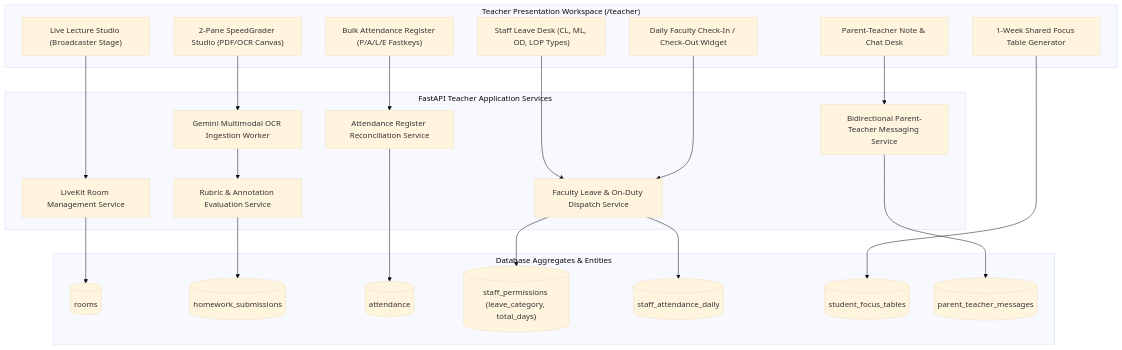
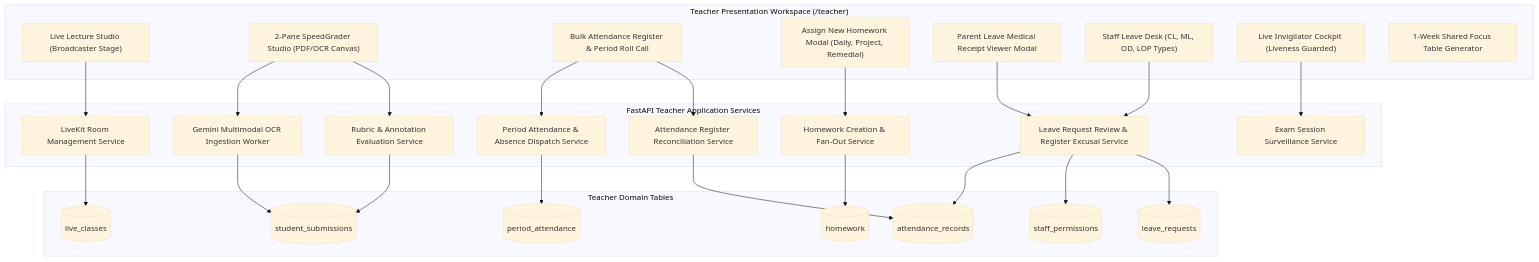
The third of 20 diagrams in docs/architecture/ROLE_WISE_ARCHITECTURE_AND_WORKFLOWS.md (DiradzProducts/EDU360), drawn with Mermaid (base theme) before and after one commit. The commit also changed other lines of this file and 54 other files, not shown here.

Commit message:
feat(core): synchronize cross-role workflows, dynamic surveillance, and v10.0 architecture

````diff
--- a/docs/architecture/ROLE_WISE_ARCHITECTURE_AND_WORKFLOWS.md
+++ b/docs/architecture/ROLE_WISE_ARCHITECTURE_AND_WORKFLOWS.md
@@ -134,39 +155,49 @@
 ```mermaid
 graph TD
     subgraph TeacherWorkspace ["Teacher Presentation Workspace (/teacher)"]
         UI_LIVE_STUDIO["Live Lecture Studio (Broadcaster Stage)"]
         UI_SPEEDGRADER["2-Pane SpeedGrader Studio (PDF/OCR Canvas)"]
-        UI_ATT_REGISTER["Bulk Attendance Register (P/A/L/E Fastkeys)"]
+        UI_ATT_REGISTER["Bulk Attendance Register & Period Roll Call"]
+        UI_HW_MODAL["Assign New Homework Modal (Daily, Project, Remedial)"]
+        UI_LEAVE_RECEIPT["Parent Leave Medical Receipt Viewer Modal"]
         UI_LEAVE_DESK["Staff Leave Desk (CL, ML, OD, LOP Types)"]
-        UI_DAILY_CLOCK["Daily Faculty Check-In / Check-Out Widget"]
+        UI_PROCTOR_COCKPIT["Live Invigilator Cockpit (Liveness Guarded)"]
         UI_FOCUS_TABLE["1-Week Shared Focus Table Generator"]
-        UI_CHAT_NOTE["Parent-Teacher Note & Chat Desk"]
     end
 
     subgraph TeacherServices ["FastAPI Teacher Application Services"]
         ROOM_MGR["LiveKit Room Management Service"]
         GRADING_ENG["Rubric & Annotation Evaluation Service"]
         GEMINI_OCR["Gemini Multimodal OCR Ingestion Worker"]
         ATT_RECON["Attendance Register Reconciliation Service"]
-        STAFF_LEAVE_SVC["Faculty Leave & On-Duty Dispatch Service"]
-        CHAT_HUB["Bidirectional Parent-Teacher Messaging Service"]
+        PERIOD_ATT_SVC["Period Attendance & Absence Dispatch Service"]
+        HW_DISPATCH["Homework Creation & Fan-Out Service"]
+        LEAVE_REVIEW["Leave Request Review & Register Excusal Service"]
+        PROCTOR_SVC["Exam Session Surveillance Service"]
     end
 
-    subgraph TeacherEntities ["Database Aggregates & Entities"]
-        TBL_ROOMS[("rooms")]
-        TBL_HW_SUB[("homework_submissions")]
-        TBL_ATT[("attendance")]
-        TBL_STAFF_PERM[("staff_permissions (leave_category, total_days)")]
-        TBL_STAFF_ATT[("staff_attendance_daily")]
-        TBL_FOCUS[("student_focus_tables")]
-        TBL_MESSAGES[("parent_teacher_messages")]
+    subgraph TeacherPersistence ["Teacher Domain Tables"]
+        T_CLASSES[("live_classes")]
+        T_ATTENDANCE[("attendance_records")]
+        T_PERIOD_ATT[("period_attendance")]
+        T_SUBMISSIONS[("student_submissions")]
+        T_HOMEWORK[("homework")]
+        T_LEAVES[("leave_requests")]
+        T_STAFF_LEAVES[("staff_permissions")]
     end
 
-    UI_LIVE_STUDIO --> ROOM_MGR --> TBL_ROOMS
-    UI_SPEEDGRADER --> GEMINI_OCR --> GRADING_ENG --> TBL_HW_SUB
-    UI_ATT_REGISTER --> ATT_RECON --> TBL_ATT
-    UI_LEAVE_DESK --> STAFF_LEAVE_SVC --> TBL_STAFF_PERM
-    UI_DAILY_CLOCK --> STAFF_LEAVE_SVC --> TBL_STAFF_ATT
-    UI_FOCUS_TABLE --> TBL_FOCUS
-    UI_CHAT_NOTE --> CHAT_HUB --> TBL_MESSAGES
+    UI_LIVE_STUDIO --> ROOM_MGR
+    UI_SPEEDGRADER --> GRADING_ENG & GEMINI_OCR
+    UI_ATT_REGISTER --> ATT_RECON & PERIOD_ATT_SVC
+    UI_HW_MODAL --> HW_DISPATCH
+    UI_LEAVE_RECEIPT --> LEAVE_REVIEW
+    UI_LEAVE_DESK --> LEAVE_REVIEW
+    UI_PROCTOR_COCKPIT --> PROCTOR_SVC
+
+    ROOM_MGR --> T_CLASSES
+    ATT_RECON --> T_ATTENDANCE
+    PERIOD_ATT_SVC --> T_PERIOD_ATT
+    GRADING_ENG & GEMINI_OCR --> T_SUBMISSIONS
+    HW_DISPATCH --> T_HOMEWORK
+    LEAVE_REVIEW --> T_LEAVES & T_STAFF_LEAVES & T_ATTENDANCE
 ```
````
